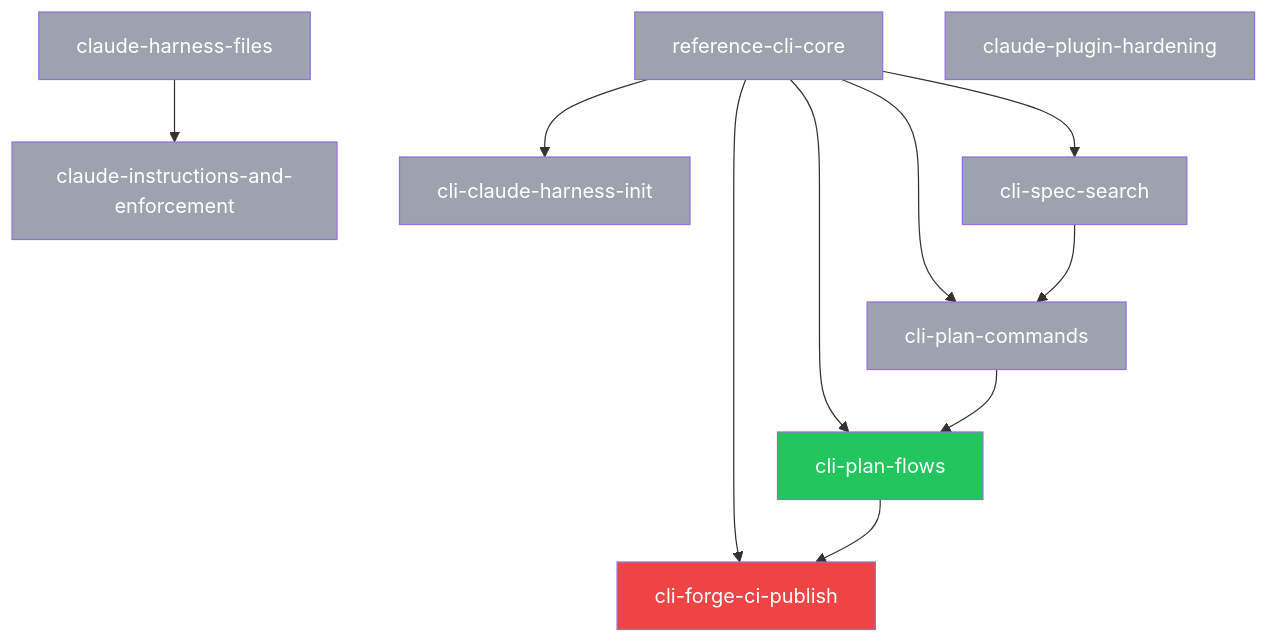
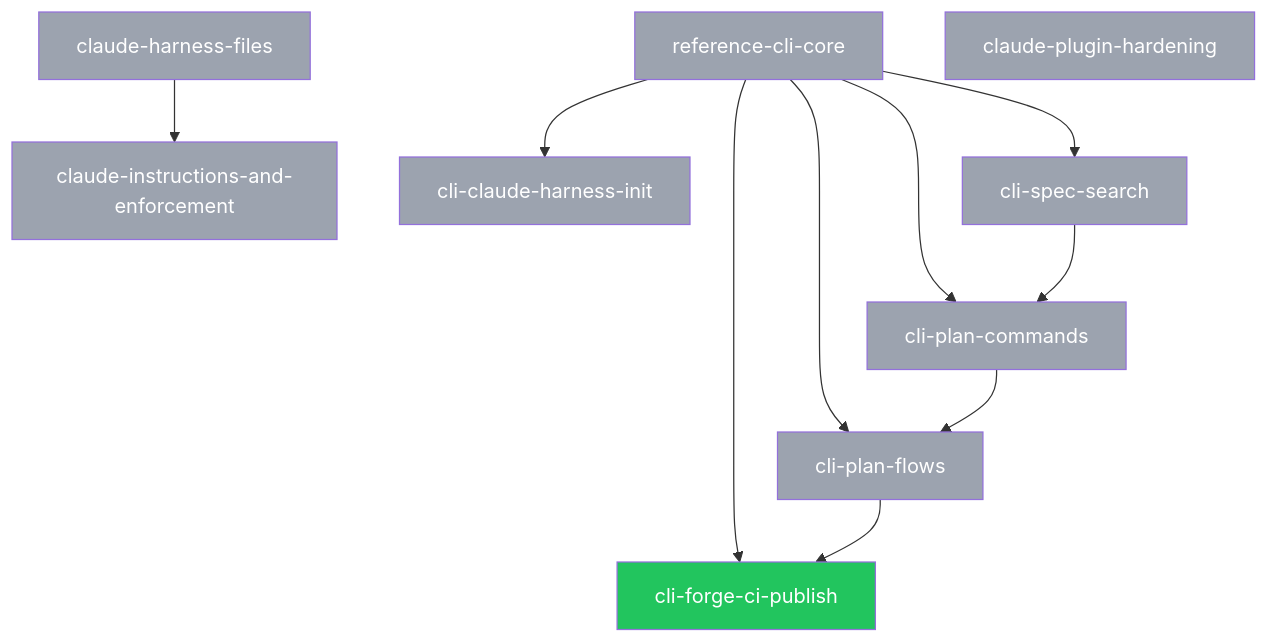
Before and after one commit to SpiralSky/specplane: the diagram in plans/PLANS.md, drawn with Mermaid. The commit also changed other lines of this file, not shown here.

Commit message:
chore(specplane): regenerate PLANS.md [skip ci]
Specplane-Workflow: generate
Specplane-Agent: claude-code

````diff
--- a/plans/PLANS.md
+++ b/plans/PLANS.md
@@ -26,28 +26,28 @@
 ```mermaid
 graph TD
     p_2026_10_28_reference_cli_core[reference-cli-core]:::done
     p_2026_10_29_claude_harness_files[claude-harness-files]:::done
     p_2026_10_29_claude_instructions_and_enforcement[claude-instructions-and-enforcement]:::done
     p_2026_10_29_claude_plugin_hardening[claude-plugin-hardening]:::done
     p_2026_10_29_cli_claude_harness_init[cli-claude-harness-init]:::done
-    p_2026_10_29_cli_forge_ci_publish[cli-forge-ci-publish]:::blocked
+    p_2026_10_29_cli_forge_ci_publish[cli-forge-ci-publish]:::ready
     p_2026_10_29_cli_plan_commands[cli-plan-commands]:::done
-    p_2026_10_29_cli_plan_flows[cli-plan-flows]:::ready
+    p_2026_10_29_cli_plan_flows[cli-plan-flows]:::done
     p_2026_10_29_cli_spec_search[cli-spec-search]:::done
     p_2026_10_29_claude_harness_files --> p_2026_10_29_claude_instructions_and_enforcement
     p_2026_10_28_reference_cli_core --> p_2026_10_29_cli_claude_harness_init
     p_2026_10_28_reference_cli_core --> p_2026_10_29_cli_forge_ci_publish
     p_2026_10_29_cli_plan_flows --> p_2026_10_29_cli_forge_ci_publish
     p_2026_10_28_reference_cli_core --> p_2026_10_29_cli_plan_commands
     p_2026_10_29_cli_spec_search --> p_2026_10_29_cli_plan_commands
     p_2026_10_28_reference_cli_core --> p_2026_10_29_cli_plan_flows
     p_2026_10_29_cli_plan_commands --> p_2026_10_29_cli_plan_flows
     p_2026_10_28_reference_cli_core --> p_2026_10_29_cli_spec_search
     classDef draft fill:#f9fafb,color:#374151,stroke:#d1d5db
     classDef ready fill:#22c55e,color:#fff
     classDef blocked fill:#ef4444,color:#fff
     classDef in_progress fill:#3b82f6,color:#fff
     classDef review fill:#60a5fa,color:#fff
     classDef done fill:#9ca3af,color:#fff
     classDef abandoned fill:#9ca3af,color:#fff,text-decoration:line-through
 ```
````
